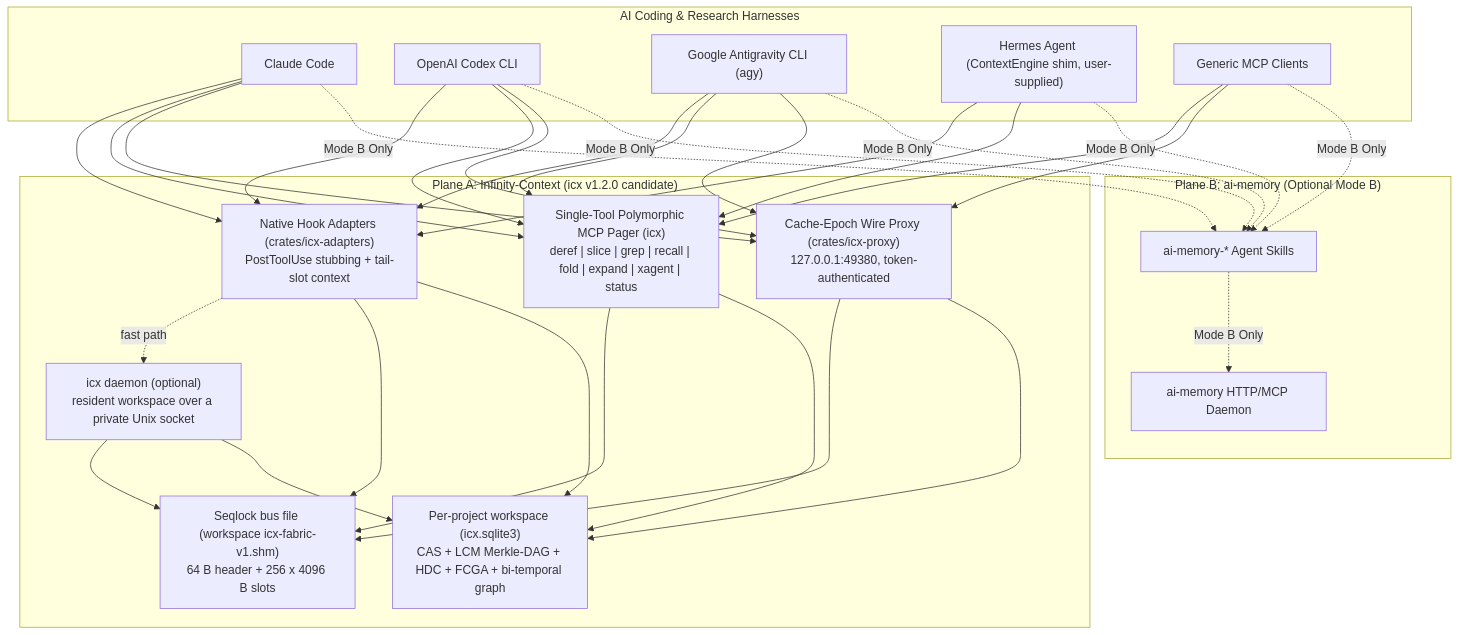
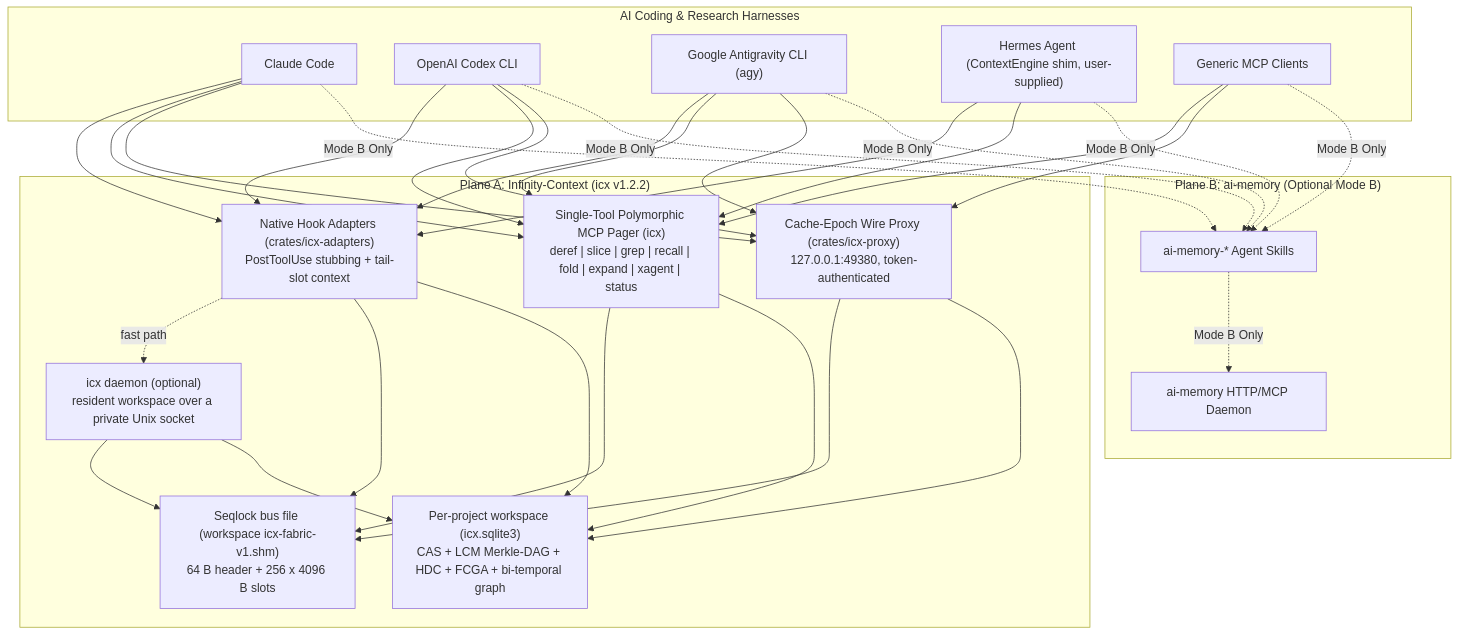
One commit to doublegate/Infinity-Context changed the first of 3 diagrams in docs/deployment-and-agent-integration-guide.md. Above: the diagram before and after it, drawn with Mermaid. The commit also changed other lines of this file and 5 other files, not shown here.

````diff
--- a/docs/deployment-and-agent-integration-guide.md
+++ b/docs/deployment-and-agent-integration-guide.md
@@ -50,33 +50,33 @@
 ```mermaid
 flowchart TB
     subgraph Harnesses["AI Coding & Research Harnesses"]
         CC["Claude Code"]
         CX["OpenAI Codex CLI"]
         AGY["Google Antigravity CLI (agy)"]
         HM["Hermes Agent (ContextEngine shim, user-supplied)"]
         GEN["Generic MCP Clients"]
     end
 
-    subgraph ICX["Plane A: Infinity-Context (icx v1.2.0 candidate)"]
+    subgraph ICX["Plane A: Infinity-Context (icx v1.2.2)"]
         HOOKS["Native Hook Adapters (crates/icx-adapters)\nPostToolUse stubbing + tail-slot context"]
         DAEMON["icx daemon (optional)\nresident workspace over a private Unix socket"]
         MCP_ICX["Single-Tool Polymorphic MCP Pager (icx)\nderef | slice | grep | recall | fold | expand | xagent | status"]
         PROXY["Cache-Epoch Wire Proxy (crates/icx-proxy)\n127.0.0.1:49380, token-authenticated"]
         BUS["Seqlock bus file (workspace icx-fabric-v1.shm)\n64 B header + 256 x 4096 B slots"]
         MMU["Per-project workspace (icx.sqlite3)\nCAS + LCM Merkle-DAG + HDC + FCGA + bi-temporal graph"]
     end
 
     subgraph AIM["Plane B: ai-memory (Optional Mode B)"]
         AIM_SKILLS["ai-memory-* Agent Skills"]
         AIM_DAEMON["ai-memory HTTP/MCP Daemon"]
     end
 
     CC & CX & AGY & HM --> HOOKS
     HOOKS -. "fast path" .-> DAEMON
     CC & CX & AGY & HM & GEN --> MCP_ICX
     CC & CX & AGY & GEN --> PROXY
     HOOKS & DAEMON & MCP_ICX & PROXY --> BUS
     HOOKS & DAEMON & MCP_ICX & PROXY --> MMU
     CC & CX & AGY & HM & GEN -. "Mode B Only" .-> AIM_SKILLS
     AIM_SKILLS -. "Mode B Only" .-> AIM_DAEMON
 ```
````
